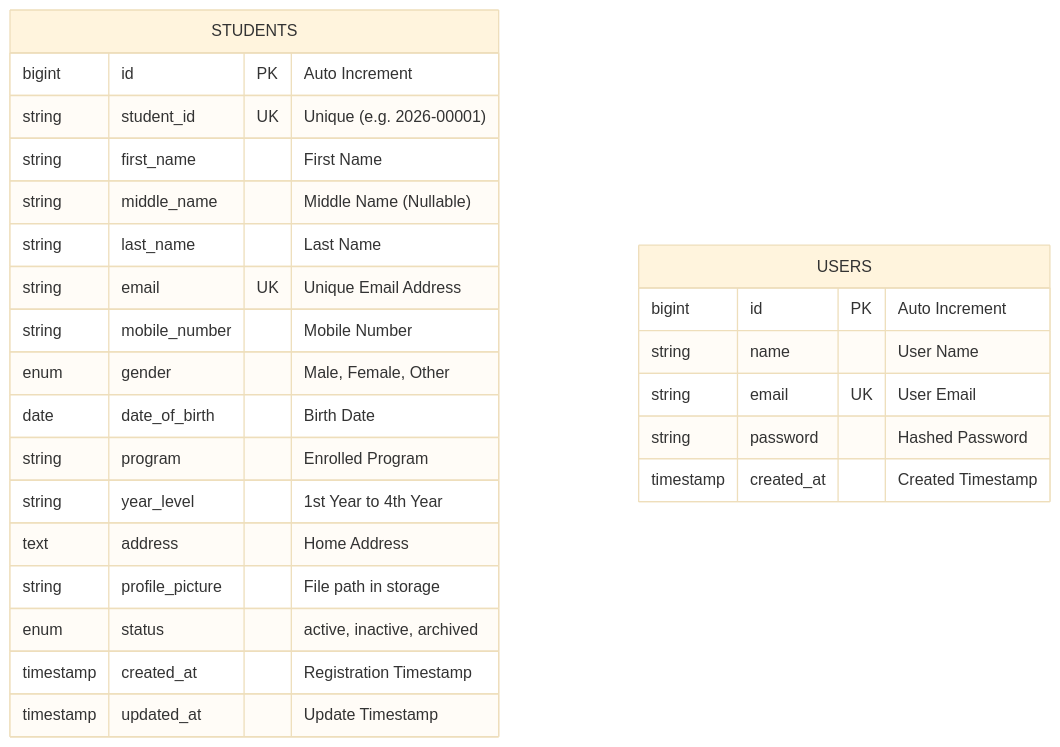
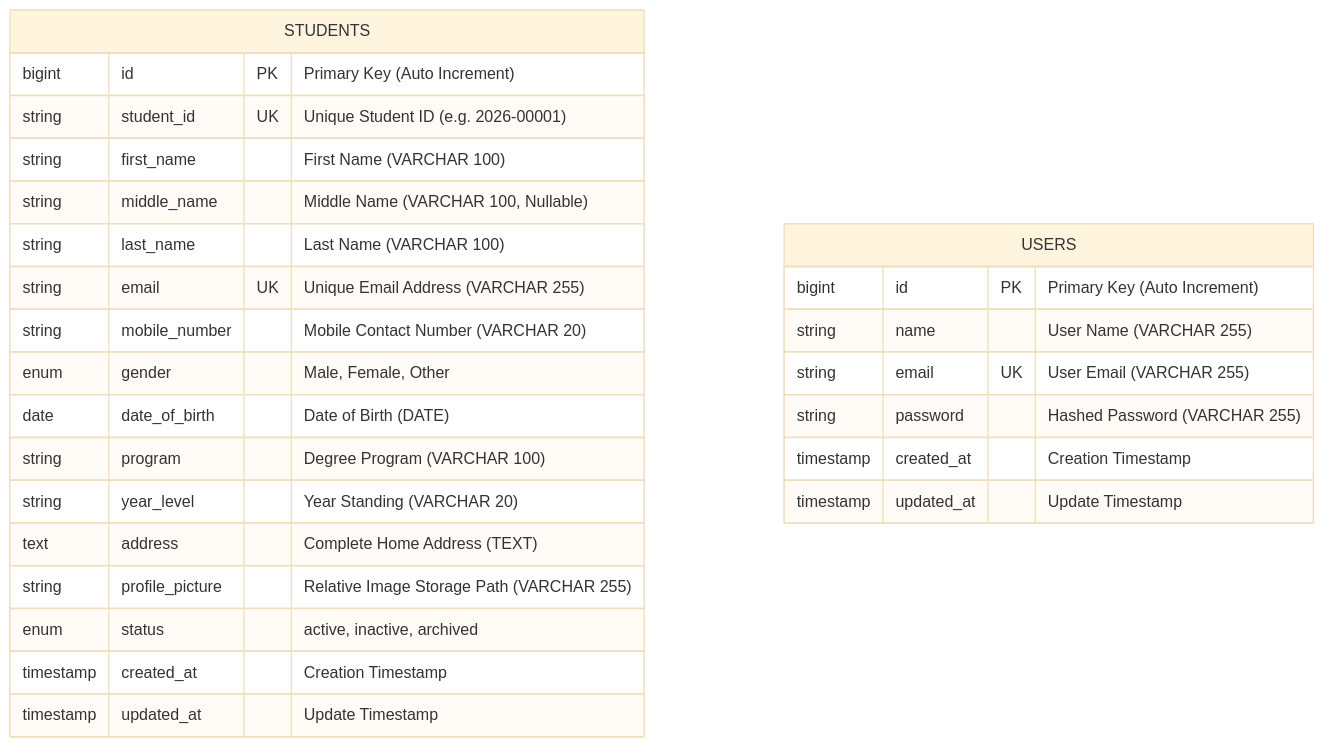
Before and after one commit to ejrdeleon/week04-student-registration: the second of 3 diagrams in README.md, drawn with Mermaid (base theme). The commit also changed other lines of this file, not shown here.

````diff
--- a/README.md
+++ b/README.md
@@ -123,29 +112,30 @@
 ```mermaid
 erDiagram
     STUDENTS {
-        bigint id PK "Auto Increment"
-        string student_id UK "Unique (e.g. 2026-00001)"
-        string first_name "First Name"
-        string middle_name "Middle Name (Nullable)"
-        string last_name "Last Name"
-        string email UK "Unique Email Address"
-        string mobile_number "Mobile Number"
+        bigint id PK "Primary Key (Auto Increment)"
+        string student_id UK "Unique Student ID (e.g. 2026-00001)"
+        string first_name "First Name (VARCHAR 100)"
+        string middle_name "Middle Name (VARCHAR 100, Nullable)"
+        string last_name "Last Name (VARCHAR 100)"
+        string email UK "Unique Email Address (VARCHAR 255)"
+        string mobile_number "Mobile Contact Number (VARCHAR 20)"
         enum gender "Male, Female, Other"
-        date date_of_birth "Birth Date"
-        string program "Enrolled Program"
-        string year_level "1st Year to 4th Year"
-        text address "Home Address"
-        string profile_picture "File path in storage"
+        date date_of_birth "Date of Birth (DATE)"
+        string program "Degree Program (VARCHAR 100)"
+        string year_level "Year Standing (VARCHAR 20)"
+        text address "Complete Home Address (TEXT)"
+        string profile_picture "Relative Image Storage Path (VARCHAR 255)"
         enum status "active, inactive, archived"
-        timestamp created_at "Registration Timestamp"
+        timestamp created_at "Creation Timestamp"
         timestamp updated_at "Update Timestamp"
     }
 
     USERS {
-        bigint id PK "Auto Increment"
-        string name "User Name"
-        string email UK "User Email"
-        string password "Hashed Password"
-        timestamp created_at "Created Timestamp"
+        bigint id PK "Primary Key (Auto Increment)"
+        string name "User Name (VARCHAR 255)"
+        string email UK "User Email (VARCHAR 255)"
+        string password "Hashed Password (VARCHAR 255)"
+        timestamp created_at "Creation Timestamp"
+        timestamp updated_at "Update Timestamp"
     }
 ```
````
